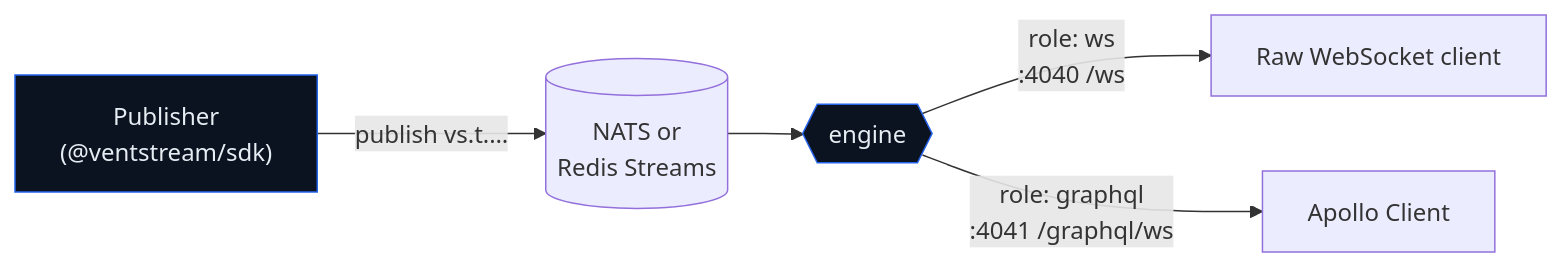
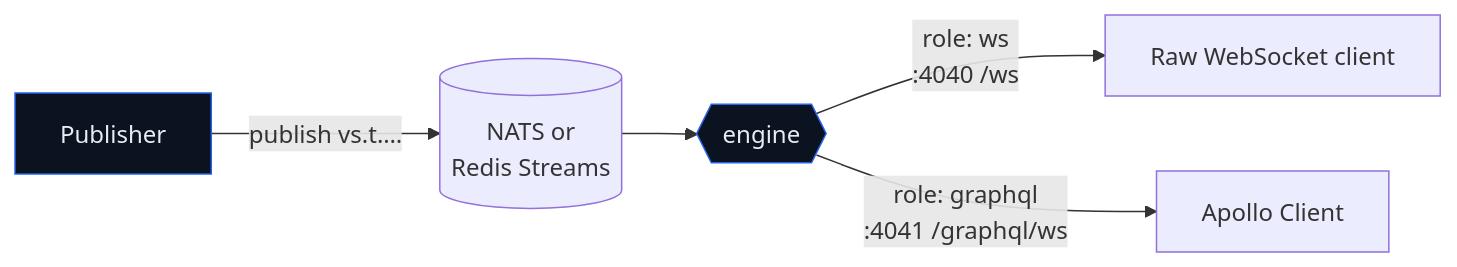
Before and after one commit to ventstream/ventstream: the diagram in docs-site/concepts/real-time-subscriptions.mdx, drawn with Mermaid. The commit also changed other lines of this file and 44 other files, not shown here.

````diff
--- a/docs-site/concepts/real-time-subscriptions.mdx
+++ b/docs-site/concepts/real-time-subscriptions.mdx
@@ -12,9 +12,9 @@
 ```mermaid
 flowchart LR
-    pub["Publisher<br/>(@ventstream/sdk)"] -- "publish vs.t.…" --> broker[("NATS or<br/>Redis Streams")]
+    pub["Publisher"] -- "publish vs.t.…" --> broker[("NATS or<br/>Redis Streams")]
     broker --> eng{{"engine"}}
     eng -- "role: ws<br/>:4040 /ws" --> raw["Raw WebSocket client"]
     eng -- "role: graphql<br/>:4041 /graphql/ws" --> apollo["Apollo Client"]
     classDef n fill:#0b1220,stroke:#2563eb,color:#e6edf3;
     class pub,eng n;
 ```
````
